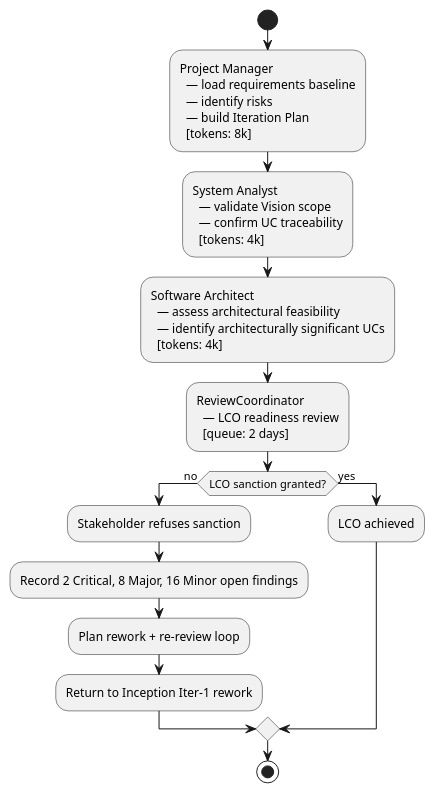
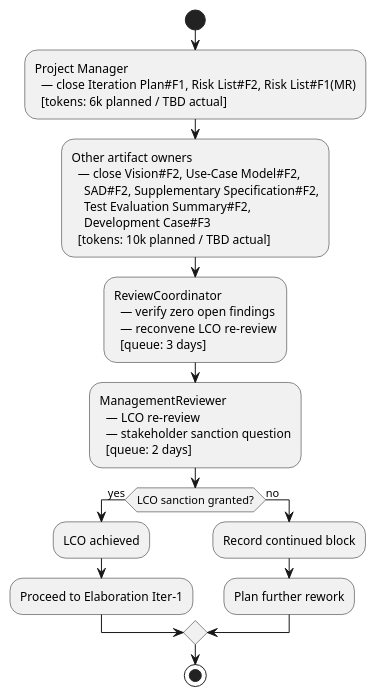
The diagram in docs/artifacts/project-management/iteration-assessment.md (banense-test/portal), drawn with PlantUML before and after one commit. The commit also changed other lines of this file, not shown here.

First line of the commit message:
Project Manager [I2]: upsert Iteration Assessment

````diff
--- a/docs/artifacts/project-management/iteration-assessment.md
+++ b/docs/artifacts/project-management/iteration-assessment.md
@@ -28,30 +29,30 @@
 ```plantuml
-@startuml Inception_Iter1_Assessment_Critical_Chain
+@startuml Inception_Iter2_Assessment_Critical_Chain
 start
 :Project Manager
-  — load requirements baseline
-  — identify risks
-  — build Iteration Plan
-  [tokens: 8k];
-:System Analyst
-  — validate Vision scope
-  — confirm UC traceability
-  [tokens: 4k];
-:Software Architect
-  — assess architectural feasibility
-  — identify architecturally significant UCs
-  [tokens: 4k];
+  — close Iteration Plan#F1, Risk List#F2, Risk List#F1(MR)
+  [tokens: 6k planned / TBD actual];
+:Other artifact owners
+  — close Vision#F2, Use-Case Model#F2,
+    SAD#F2, Supplementary Specification#F2,
+    Test Evaluation Summary#F2,
+    Development Case#F3
+  [tokens: 10k planned / TBD actual];
 :ReviewCoordinator
-  — LCO readiness review
+  — verify zero open findings
+  — reconvene LCO re-review
+  [queue: 3 days];
+:ManagementReviewer
+  — LCO re-review
+  — stakeholder sanction question
   [queue: 2 days];
-if (LCO sanction granted?) then (no)
-  :Stakeholder refuses sanction;
-  :Record 2 Critical, 8 Major, 16 Minor open findings;
-  :Plan rework + re-review loop;
-  :Return to Inception Iter-1 rework;
-else (yes)
+if (LCO sanction granted?) then (yes)
   :LCO achieved;
+  :Proceed to Elaboration Iter-1;
+else (no)
+  :Record continued block;
+  :Plan further rework;
 endif
 stop
 @enduml
 ```
````
